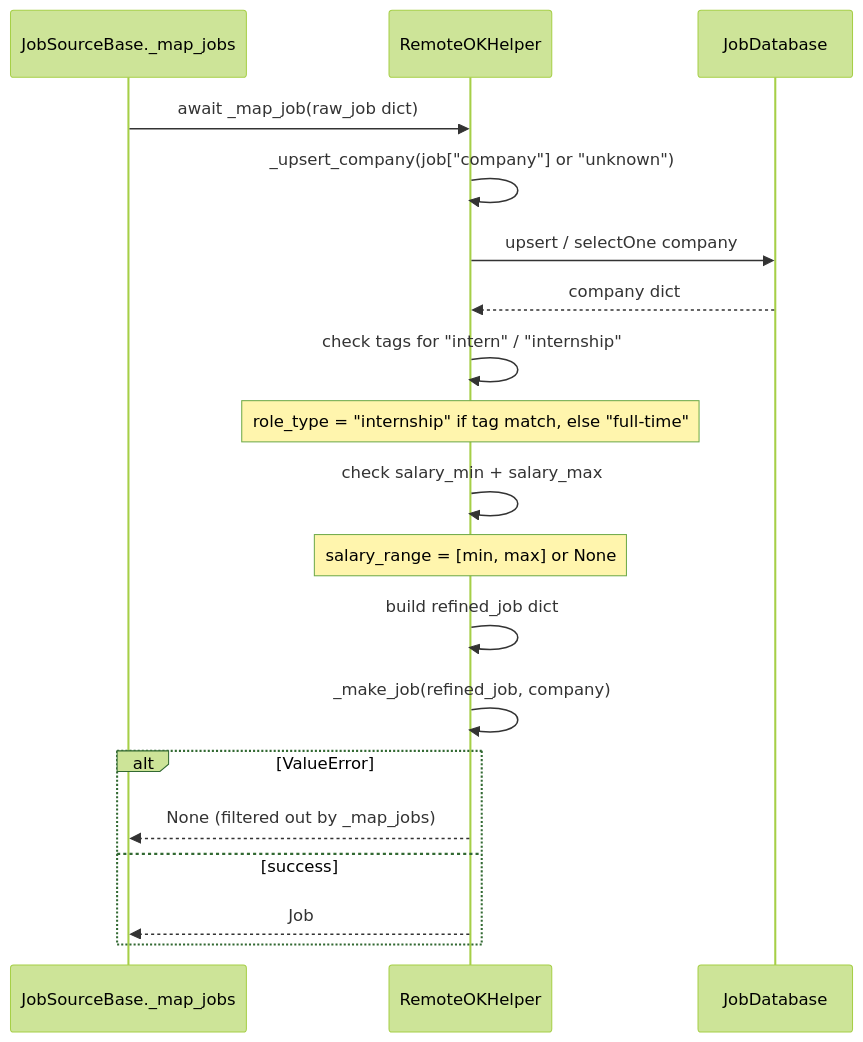
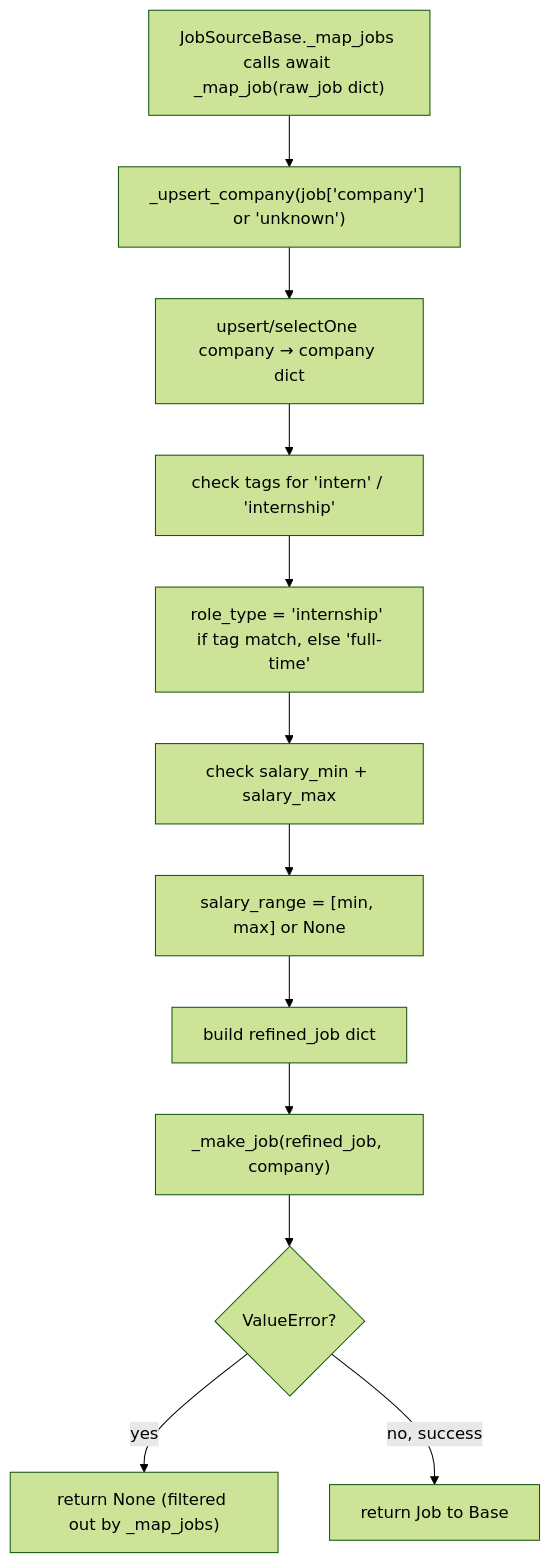
One commit to AustinDwomoh/libra changed the second of 2 diagrams in potential/remote_seq.md. Above: the diagram before and after it, drawn with Mermaid (forest theme). The commit also changed other lines of this file and 27 other files, not shown here.

````diff
--- a/potential/remote_seq.md
+++ b/potential/remote_seq.md
@@ -30,29 +17,15 @@
 ```mermaid
-
-%% sequenceDiagram — _map_job (single raw dict → Job)
-sequenceDiagram
-    participant Base as JobSourceBase._map_jobs
-    participant RO as RemoteOKHelper
-    participant DB as JobDatabase
-
-    Base->>RO: await _map_job(raw_job dict)
-    RO->>RO: _upsert_company(job["company"] or "unknown")
-    RO->>DB: upsert / selectOne company
-    DB-->>RO: company dict
-
-    RO->>RO: check tags for "intern" / "internship"
-    Note over RO: role_type = "internship" if tag match, else "full-time"
-
-    RO->>RO: check salary_min + salary_max
-    Note over RO: salary_range = [min, max] or None
-
-    RO->>RO: build refined_job dict
-    RO->>RO: _make_job(refined_job, company)
-
-    alt ValueError
-        RO-->>Base: None (filtered out by _map_jobs)
-    else success
-        RO-->>Base: Job
-    end
-
+%% flowchart — _map_job (single raw dict → Job)
+flowchart TD
+    A["JobSourceBase._map_jobs calls await _map_job(raw_job dict)"] --> B["_upsert_company(job['company'] or 'unknown')"]
+    B --> C["upsert/selectOne company → company dict"]
+    C --> D["check tags for 'intern' / 'internship'"]
+    D --> E["role_type = 'internship' if tag match, else 'full-time'"]
+    E --> F["check salary_min + salary_max"]
+    F --> G["salary_range = [min, max] or None"]
+    G --> H[build refined_job dict]
+    H --> I["_make_job(refined_job, company)"]
+    I --> J{ValueError?}
+    J -->|yes| K["return None (filtered out by _map_jobs)"]
+    J -->|no, success| L["return Job to Base"]
 ```
````
